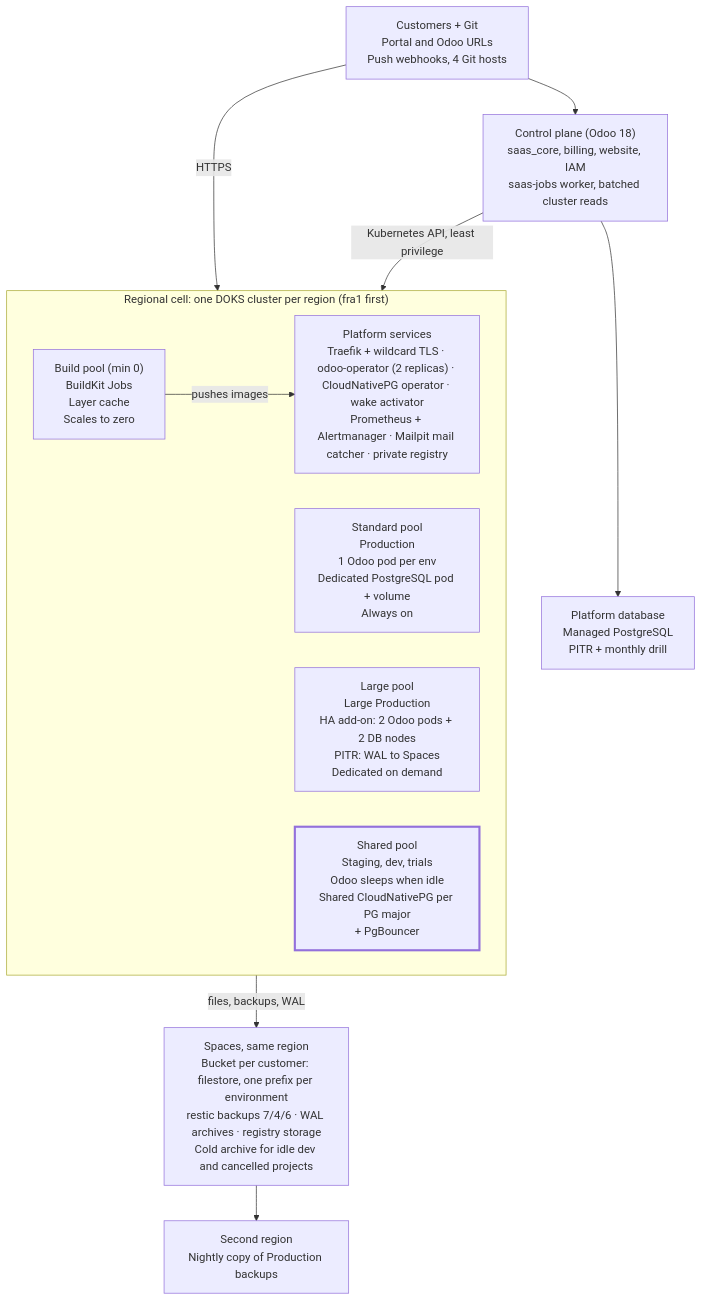
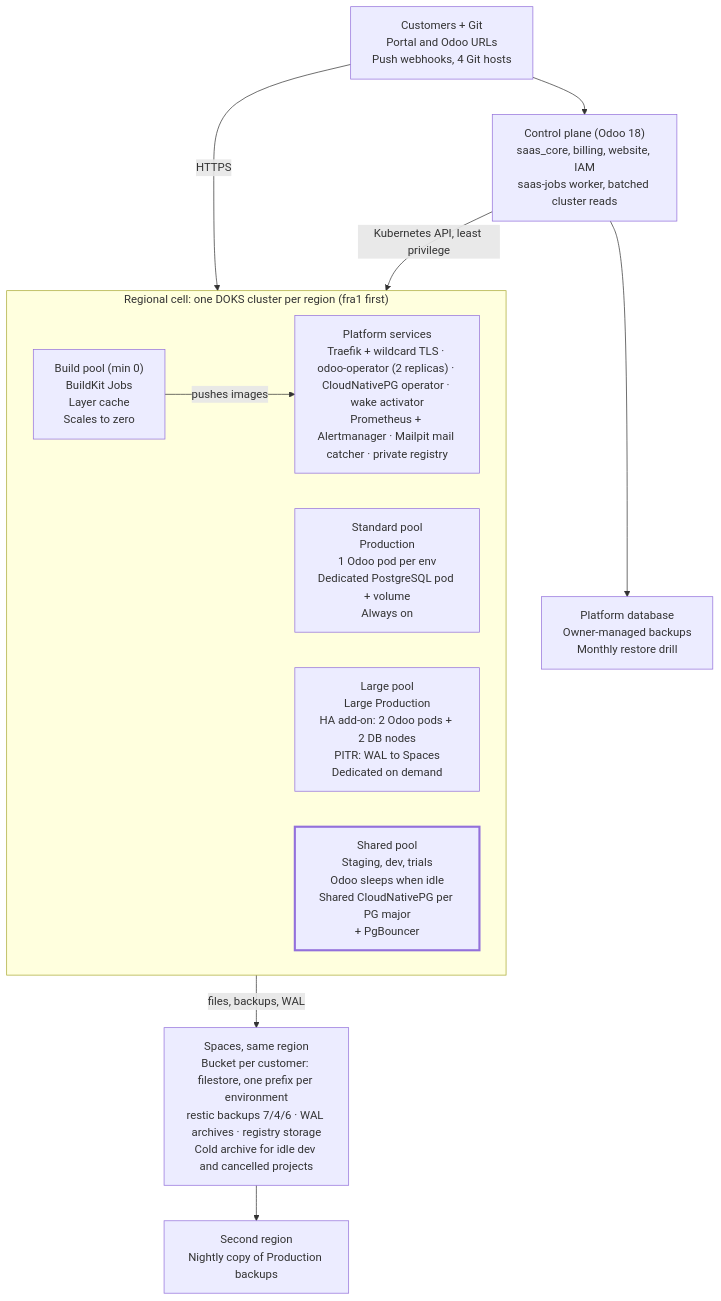
One commit to moutazmuhammad/odoo-saas-platform changed the first of 2 diagrams in ARCHITECTURE-TARGET.md. Above: the diagram before and after it, drawn with Mermaid. The commit also changed other lines of this file and 1 other file, not shown here.

````diff
--- a/ARCHITECTURE-TARGET.md
+++ b/ARCHITECTURE-TARGET.md
@@ -92,21 +92,21 @@
 ```mermaid
 flowchart TB
     CUST["Customers + Git<br/>Portal and Odoo URLs<br/>Push webhooks, 4 Git hosts"]
     CP["Control plane (Odoo 18)<br/>saas_core, billing, website, IAM<br/>saas-jobs worker, batched cluster reads"]
-    PDB["Platform database<br/>Managed PostgreSQL<br/>PITR + monthly drill"]
+    PDB["Platform database<br/>Owner-managed backups<br/>Monthly restore drill"]
     CUST --> CP --> PDB
     subgraph CELL["Regional cell: one DOKS cluster per region (fra1 first)"]
         PS["Platform services<br/>Traefik + wildcard TLS · odoo-operator (2 replicas) · CloudNativePG operator · wake activator<br/>Prometheus + Alertmanager · Mailpit mail catcher · private registry"]
         STD["Standard pool<br/>Production<br/>1 Odoo pod per env<br/>Dedicated PostgreSQL pod + volume<br/>Always on"]
         LG["Large pool<br/>Large Production<br/>HA add-on: 2 Odoo pods + 2 DB nodes<br/>PITR: WAL to Spaces<br/>Dedicated on demand"]
         SH["Shared pool<br/>Staging, dev, trials<br/>Odoo sleeps when idle<br/>Shared CloudNativePG per PG major<br/>+ PgBouncer"]
         BD["Build pool (min 0)<br/>BuildKit Jobs<br/>Layer cache<br/>Scales to zero"]
         BD -- "pushes images" --> PS
     end
     CUST -- "HTTPS" --> CELL
     CP -- "Kubernetes API, least privilege" --> CELL
     SP["Spaces, same region<br/>Bucket per customer: filestore, one prefix per environment<br/>restic backups 7/4/6 · WAL archives · registry storage<br/>Cold archive for idle dev and cancelled projects"]
     SR["Second region<br/>Nightly copy of Production backups"]
     CELL -- "files, backups, WAL" --> SP --> SR
     style SH stroke-width:3px
 ```
````
